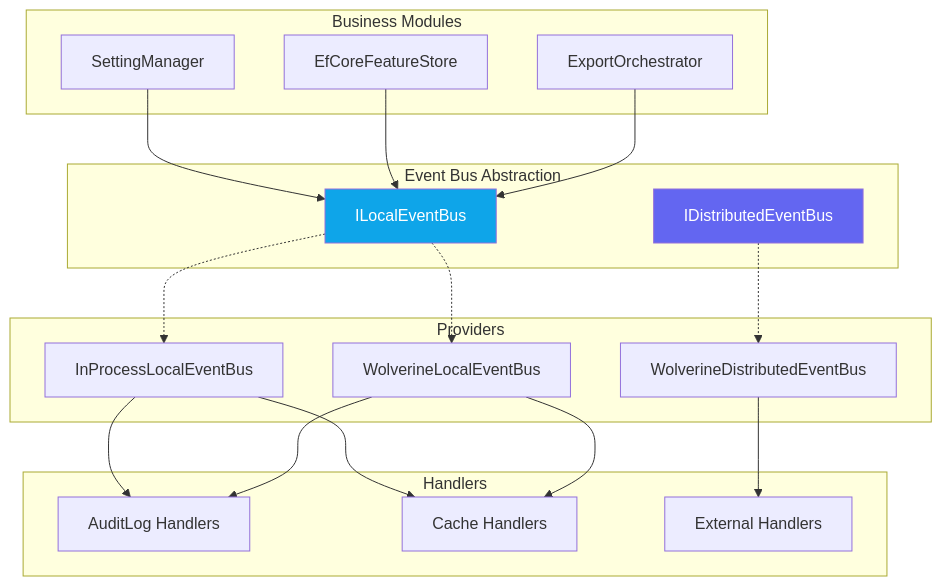
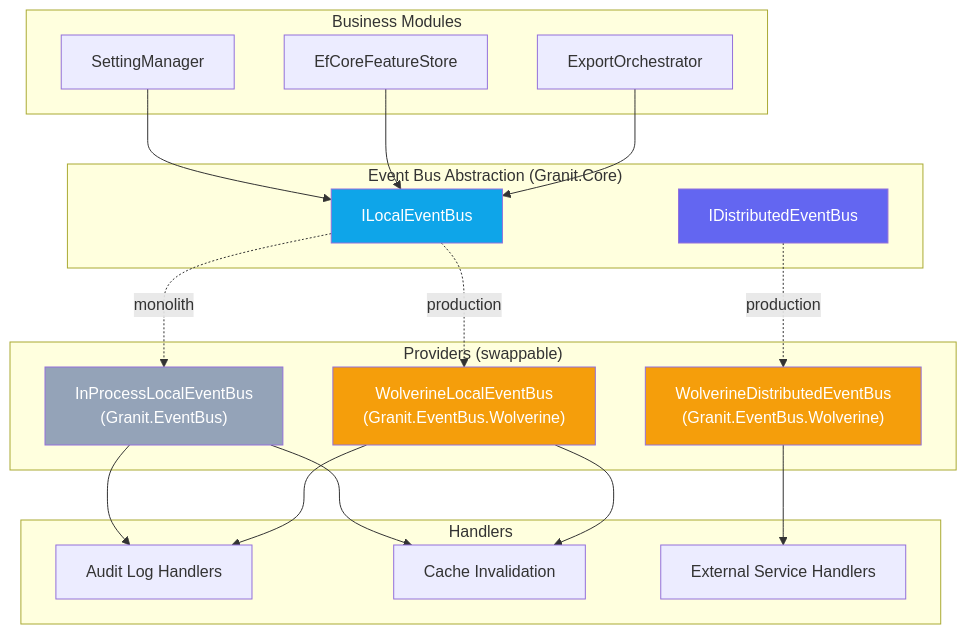
Before and after one commit to granit-fx/granit-dotnet: the third of 3 diagrams in docs-site/src/content/docs/dotnet/infrastructure/event-bus.mdx, drawn with Mermaid. The commit also changed other lines of this file, not shown here.

First line of the commit message:
docs: comprehensive event bus documentation rewrite (#322)

````diff
--- a/docs-site/src/content/docs/dotnet/infrastructure/event-bus.mdx
+++ b/docs-site/src/content/docs/dotnet/infrastructure/event-bus.mdx
@@ -162,42 +452,45 @@
 ```mermaid
 graph TD
     subgraph "Business Modules"
         SM[SettingManager]
         FS[EfCoreFeatureStore]
         EO[ExportOrchestrator]
     end
 
-    subgraph "Event Bus Abstraction"
+    subgraph "Event Bus Abstraction (Granit.Core)"
         LEB[ILocalEventBus]
         DEB[IDistributedEventBus]
     end
 
-    subgraph "Providers"
-        IP[InProcessLocalEventBus]
-        WL[WolverineLocalEventBus]
-        WD[WolverineDistributedEventBus]
+    subgraph "Providers (swappable)"
+        IP["InProcessLocalEventBus\n(Granit.EventBus)"]
+        WL["WolverineLocalEventBus\n(Granit.EventBus.Wolverine)"]
+        WD["WolverineDistributedEventBus\n(Granit.EventBus.Wolverine)"]
     end
 
     subgraph "Handlers"
-        AH[AuditLog Handlers]
-        CH[Cache Handlers]
-        EH[External Handlers]
+        AH[Audit Log Handlers]
+        CH[Cache Invalidation]
+        EH[External Service Handlers]
     end
 
     SM --> LEB
     FS --> LEB
     EO --> LEB
 
-    LEB -.-> IP
-    LEB -.-> WL
-    DEB -.-> WD
+    LEB -.->|monolith| IP
+    LEB -.->|production| WL
+    DEB -.->|production| WD
 
     IP --> AH
     IP --> CH
     WL --> AH
     WL --> CH
     WD --> EH
 
     style LEB fill:#0ea5e9,color:#fff
     style DEB fill:#6366f1,color:#fff
+    style IP fill:#94a3b8,color:#fff
+    style WL fill:#f59e0b,color:#fff
+    style WD fill:#f59e0b,color:#fff
 ```
````
